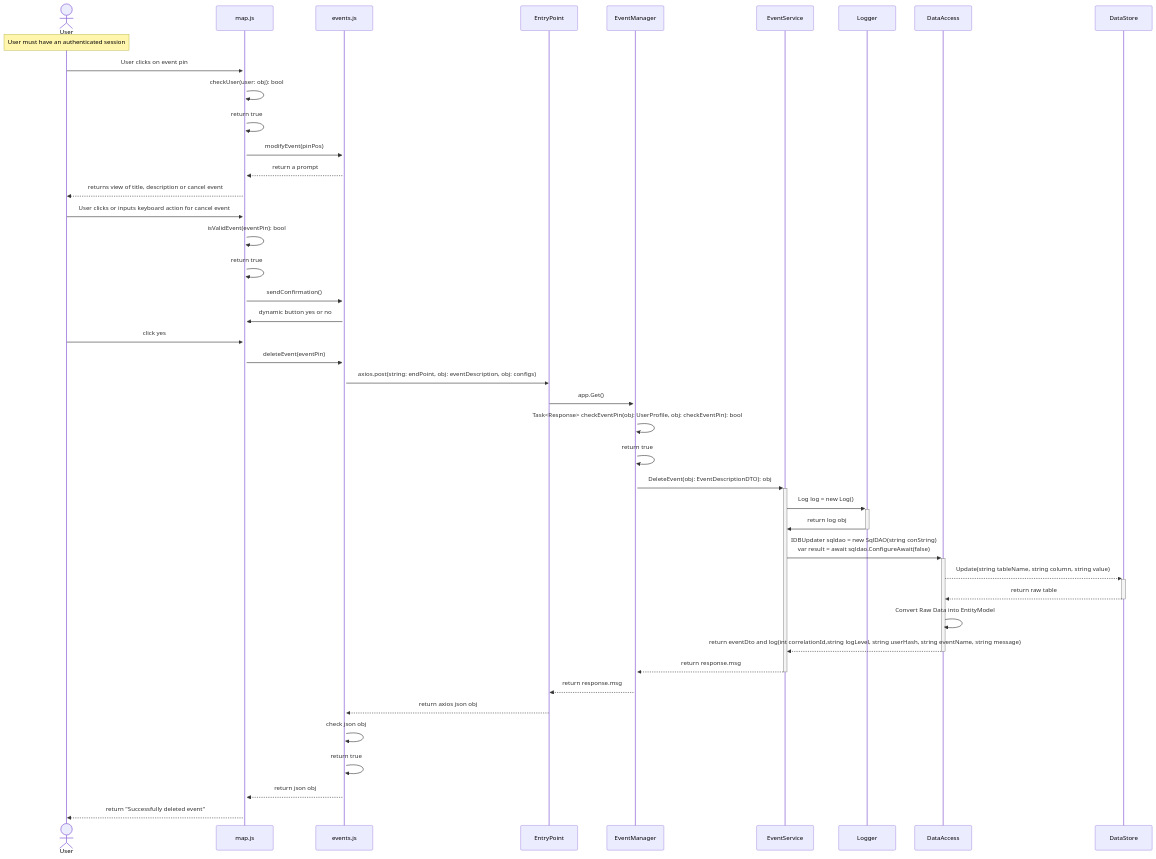
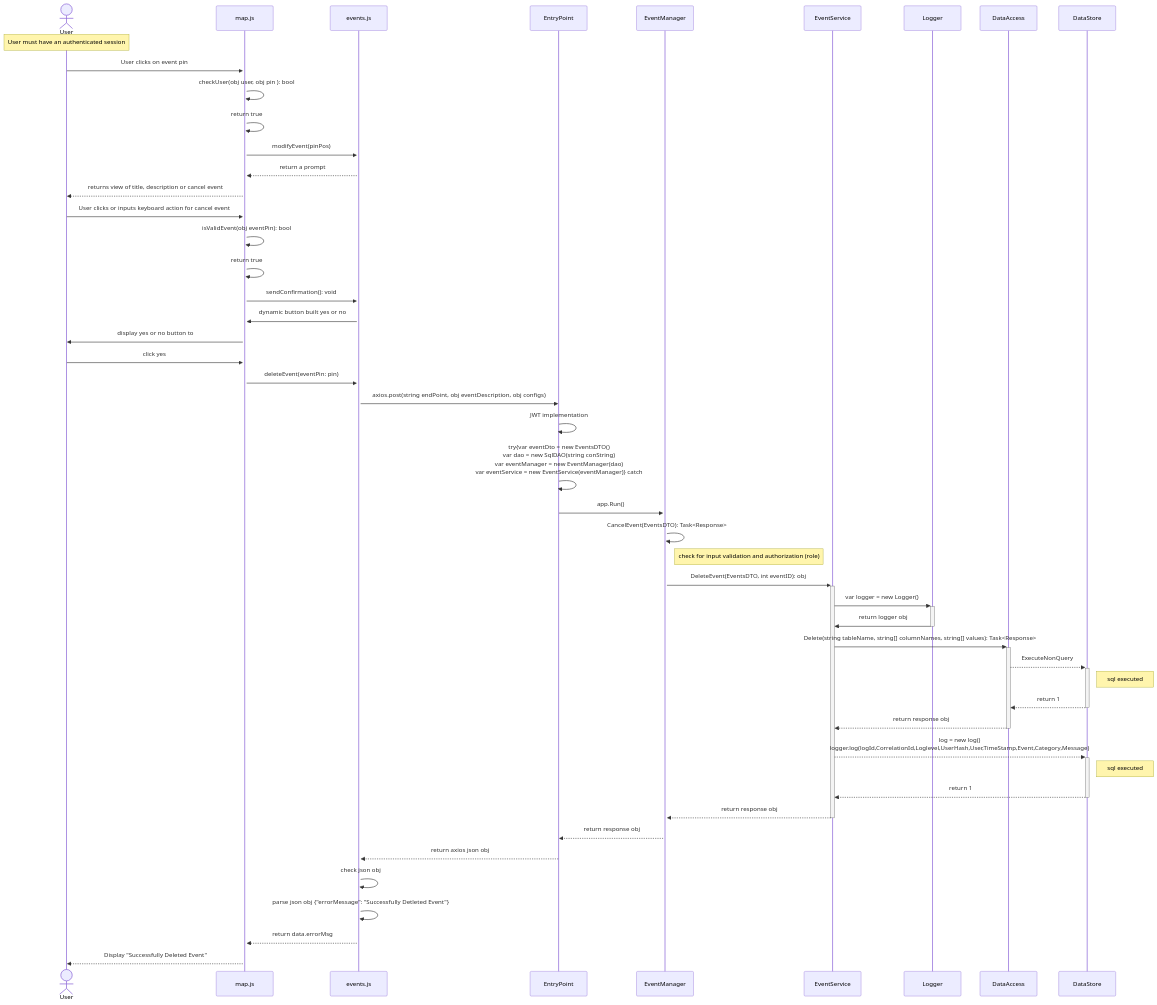
The diagram in events/success/event-cancel-success.md (JosephArmas/cecs-491A-Team-Big-Data), drawn with Mermaid before and after one commit. The commit also changed other lines of this file and 1 other file, not shown here.

Commit message:
Event Cancel and Creation (success) in the process

````diff
--- a/events/success/event-cancel-success.md
+++ b/events/success/event-cancel-success.md
@@ -3,47 +3,53 @@
 ```mermaid
 sequenceDiagram
     actor User
     participant map.js
     participant events.js
     participant EntryPoint
     participant EventManager
     participant EventService
     participant Logger
     participant DataAccess
     participant DataStore
     note over User: User must have an authenticated session
     User->>+map.js: User clicks on event pin
-    map.js->>map.js: checkUser(user: obj): bool
+    map.js->>map.js: checkUser(obj user, obj pin ): bool
     map.js->>map.js: return true
     map.js->>+events.js: modifyEvent(pinPos)
     events.js-->>map.js: return a prompt 
     map.js-->>User: returns view of title, description or cancel event
     User->>map.js: User clicks or inputs keyboard action for cancel event
-    map.js->>map.js: isValidEvent(eventPin): bool
+    map.js->>map.js: isValidEvent(obj eventPin): bool
     map.js->>map.js: return true
-    map.js->>events.js: sendConfirmation()
-    events.js->>map.js: dynamic button yes or no
+    map.js->>events.js: sendConfirmation(): void
+    events.js->>map.js: dynamic button built yes or no
+    map.js->>User: display yes or no button to 
     User->>map.js: click yes
-    map.js->>events.js: deleteEvent(eventPin)
-    events.js->>EntryPoint: axios.post(string: endPoint, obj: eventDescription, obj: configs)
-    EntryPoint->>+EventManager: app.Get()
-    EventManager->>EventManager: Task<Response> checkEventPin(obj: UserProfile, obj: checkEventPin): bool
-    EventManager->>EventManager: return true
-    EventManager->>+EventService: DeleteEvent(obj: EventDescriptionDTO): obj
-    EventService->>+Logger: Log log = new Log()
-    Logger->>-EventService: return log obj
-    EventService->>+DataAccess: IDBUpdater sqldao = new SqlDAO(string conString)<br>var result = await sqldao.ConfigureAwait(false)
-    DataAccess-->>+DataStore: Update(string tableName, string column, string value)
-    DataStore-->>-DataAccess: return raw table
-    DataAccess->>DataAccess: Convert Raw Data into EntityModel
-    DataAccess-->>-EventService: return eventDto and log(int correlationId,string logLevel, string userHash, string eventName, string message) 
-    EventService-->>-EventManager: return response.msg
-    EventManager-->>EntryPoint: return response.msg
+    map.js->>events.js: deleteEvent(eventPin: pin)
+    events.js->>EntryPoint: axios.post(string endPoint, obj eventDescription, obj configs)
+    EntryPoint->>EntryPoint: JWT implementation
+    EntryPoint->>EntryPoint: try{var eventDto = new EventsDTO() <br> var dao = new SqlDAO(string conString) <br> var eventManager = new EventManager(dao) <br> var eventService = new EventService(eventManager)} catch
+    EntryPoint->>+EventManager: app.Run()
+    EventManager->>EventManager: CancelEvent(EventsDTO): Task<Response>
+    note right of EventManager: check for input validation and authorization (role)
+    EventManager->>+EventService: DeleteEvent(EventsDTO, int eventID): obj
+    EventService->>+Logger: var logger = new Logger()
+    Logger->>-EventService: return logger obj
+    EventService->>+DataAccess: Delete(string tableName, string[] columnNames, string[] values): Task<Response>
+    DataAccess-->>+DataStore: ExecuteNonQuery
+    note right of DataStore: sql executed
+    DataStore-->>-DataAccess: return 1
+    DataAccess-->>-EventService: return response obj
+    EventService-->>+DataStore: log = new log()<br> logger.log(logId,CorrelationId,Loglevel,UserHash,User,TimeStamp,Event,Category,Message)
+    note right of DataStore: sql executed
+    DataStore-->>-EventService: return 1
+    EventService-->>-EventManager: return response obj
+    EventManager-->>EntryPoint: return response obj
     EntryPoint-->>events.js: return axios json obj
     events.js->>events.js: check json obj
-    events.js->>events.js: return true
-    events.js-->>map.js: return json obj 
-    map.js-->>User: return "Successfully deleted event"
+    events.js->>events.js: parse json obj {"errorMessage": "Successfully Detleted Event"}
+    events.js-->>map.js: return data.errorMsg
+    map.js-->>User: Display "Successfully Deleted Event"
     
 
 ```
````
